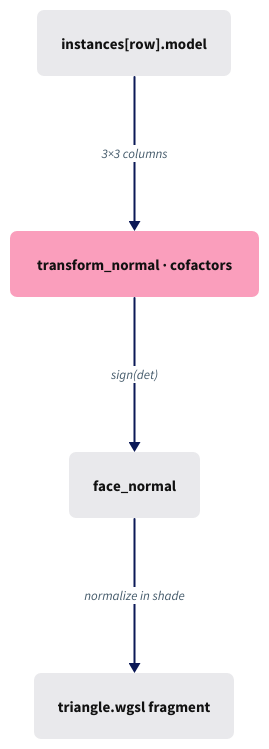
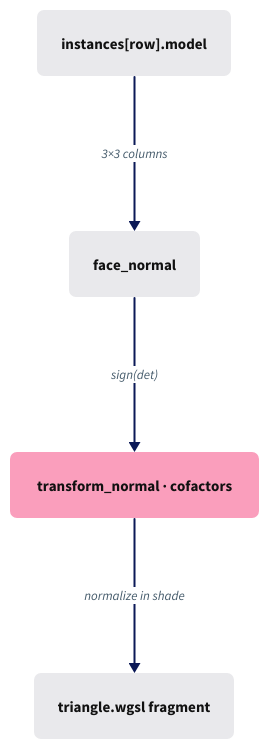
The diagram in session_viewer/docs/diagrams/09-03.d2 (petrasvestartas/session), drawn with D2 before and after one commit. The commit also changed 55 other files, not shown here.

```diff
--- a/session_viewer/docs/diagrams/09-03.d2
+++ b/session_viewer/docs/diagrams/09-03.d2
@@ -1,16 +1,16 @@
 vars: { d2-config: { layout-engine: elk; pad: 20; theme-id: 0 } }
 style: { fill: "#ffffff" }
 classes: {
   box:   { style: { fill: "#e9e9ec"; stroke: "#e9e9ec"; border-radius: 6; font-size: 15; font-color: "#111111" } }
   focus: { style: { fill: "#fa9ebc"; stroke: "#fa9ebc"; border-radius: 6; font-size: 15; font-color: "#111111" } }
 }
 direction: down
 
 A: "instances[row].model" { class: box }
-B: "transform_normal · cofactors" { class: focus }
-C: "face_normal" { class: box }
+B: "face_normal" { class: box }
+C: "transform_normal · cofactors" { class: focus }
 D: "triangle.wgsl fragment" { class: box }
 
 A -> B: "3×3 columns" { style: { stroke: "#0b1957"; stroke-width: 2; font-size: 13; font-color: "#455b6b" } }
 B -> C: "sign(det)" { style: { stroke: "#0b1957"; stroke-width: 2; font-size: 13; font-color: "#455b6b" } }
 C -> D: "normalize in shade" { style: { stroke: "#0b1957"; stroke-width: 2; font-size: 13; font-color: "#455b6b" } }
```
